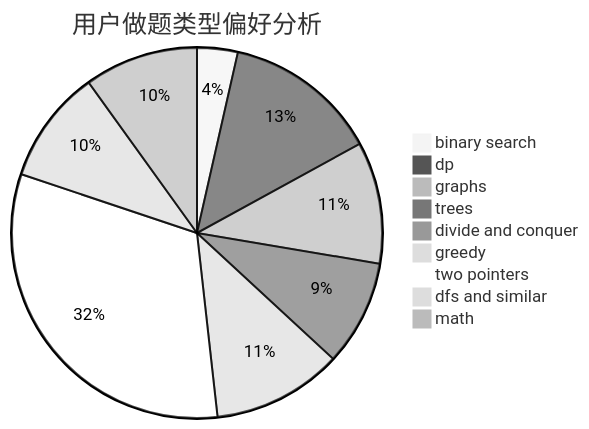
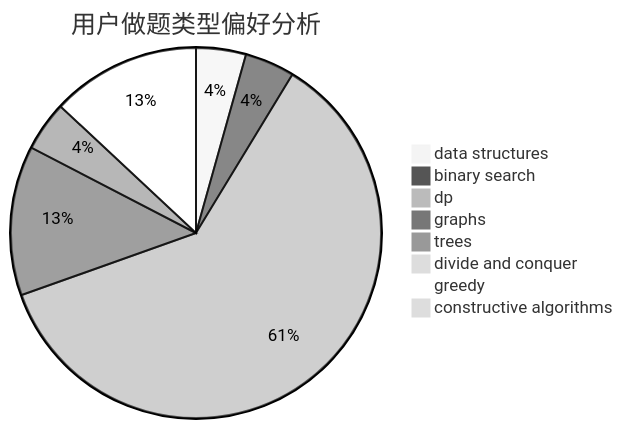
The second of 3 diagrams in docs/user/u1686.md (sherpahu/cfrs.github.io), drawn with Mermaid (neutral theme) before and after one commit. The commit also changed other lines of this file and 2775 other files, not shown here.

````diff
--- a/docs/user/u1686.md
+++ b/docs/user/u1686.md
@@ -23,12 +23,11 @@
 ```mermaid
 pie title 用户做题类型偏好分析
-    "binary search" :  5
-    "dp" :  19
-    "graphs" :  15
-    "trees" :  13
+    "data structures" :  1
+    "binary search" :  1
+    "dp" :  14
+    "graphs" :  3
+    "trees" :  1
     "divide and conquer" :  0
-    "greedy" :  16
-    "two pointers" :  45
-    "dfs and similar" :  14
-    "math" :  14
+    "greedy" :  3
+    "constructive algorithms" :  0
 ```
````
